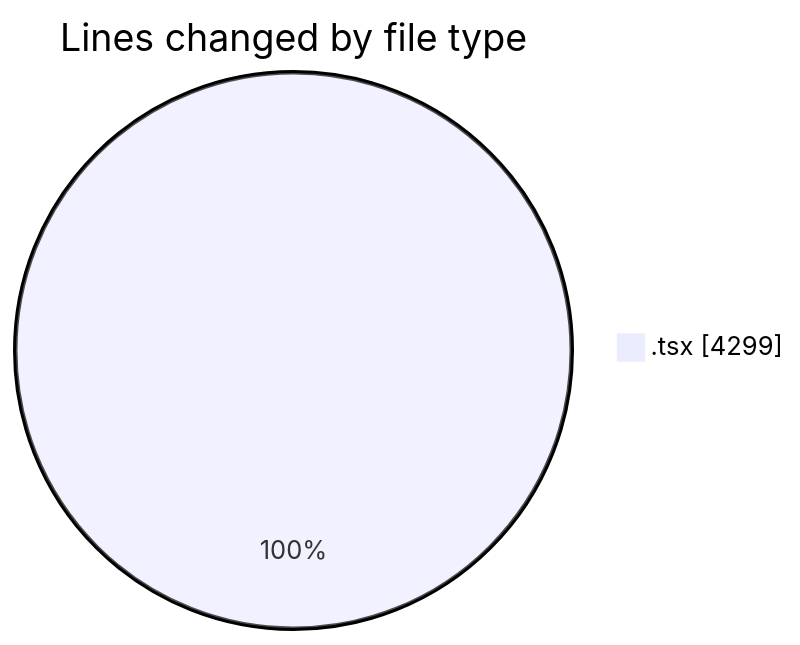
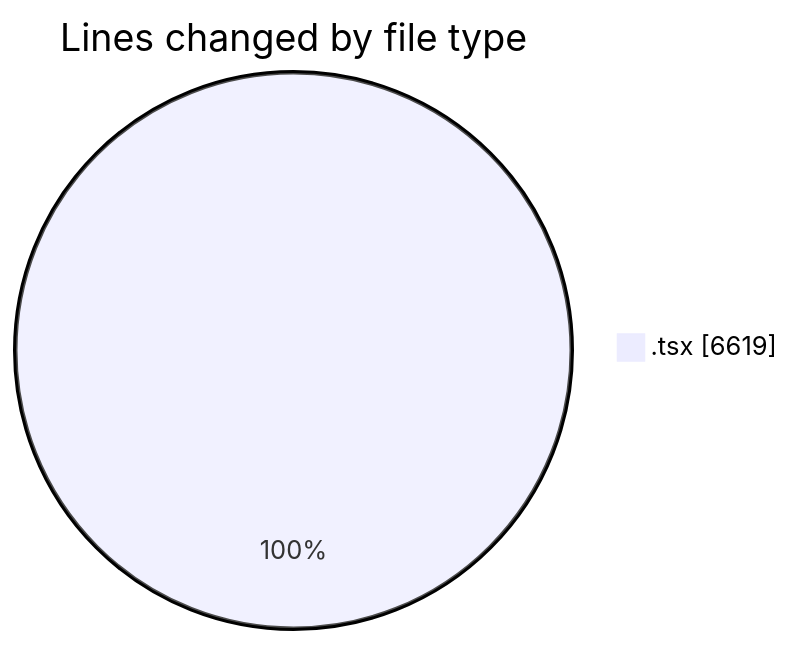
One commit to nxtqubesakshisongat/code-tracking changed the first of 2 diagrams in 2026-03-05/nxtqube_webapp/README.md. Above: the diagram before and after it, drawn with Mermaid. The commit also changed other lines of this file and 1 other file, not shown here.

````diff
--- a/2026-03-05/nxtqube_webapp/README.md
+++ b/2026-03-05/nxtqube_webapp/README.md
@@ -23,5 +27,5 @@
 ```mermaid
 pie showData
 title Lines changed by file type
-".tsx" : 4299
+".tsx" : 6619
 ```
````
